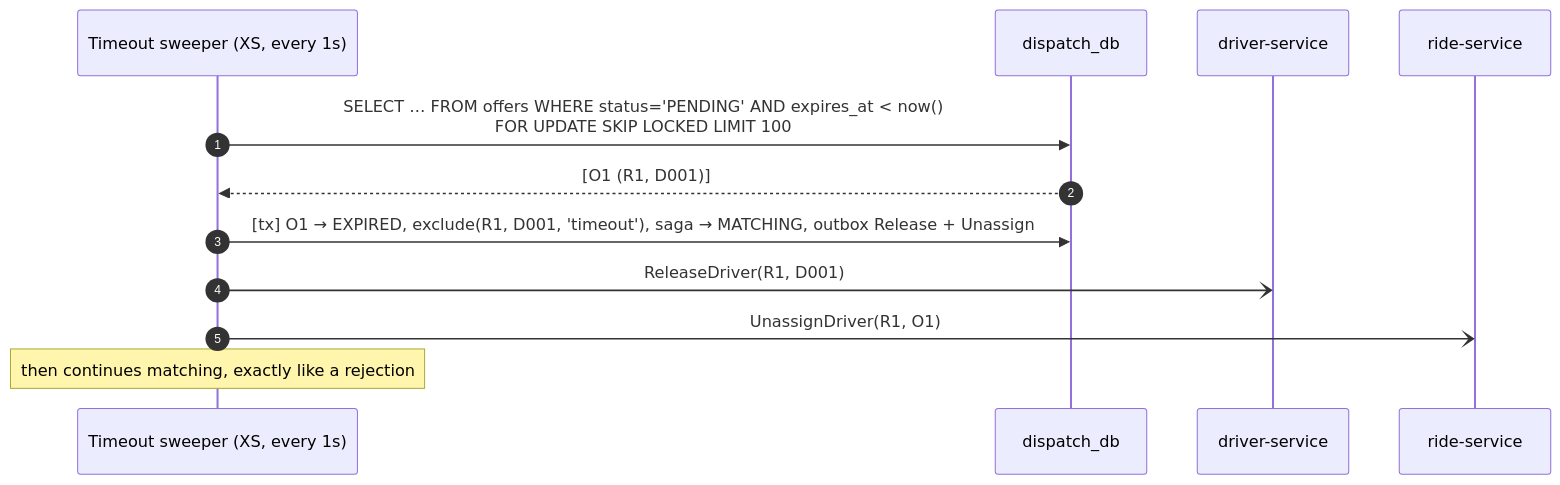
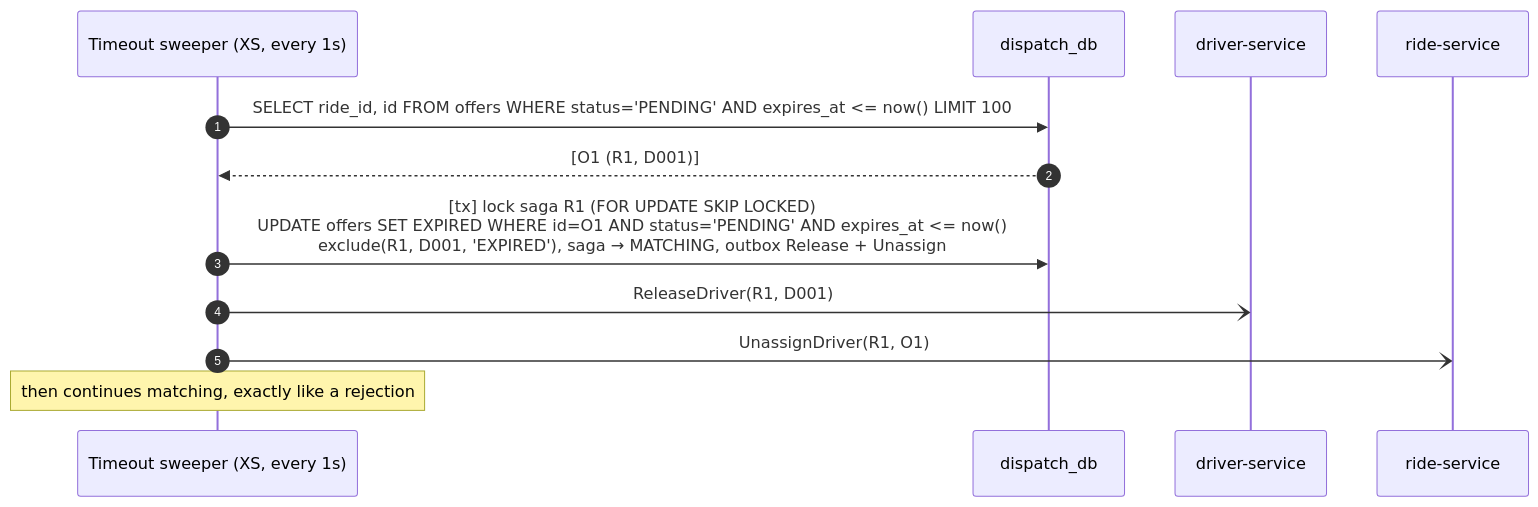
The third of 8 diagrams in coding-challenge-3/kvp/docs/sequence-diagram.md (khoaphan-tw/coding-challenges), drawn with Mermaid before and after one commit. The commit also changed other lines of this file and 25 other files, not shown here.

````diff
--- a/coding-challenge-3/kvp/docs/sequence-diagram.md
+++ b/coding-challenge-3/kvp/docs/sequence-diagram.md
@@ -92,15 +103,15 @@
 ```mermaid
 sequenceDiagram
     autonumber
     participant SW as Timeout sweeper (XS, every 1s)
     participant XDB as dispatch_db
     participant DS as driver-service
     participant RS as ride-service
 
-    SW->>XDB: SELECT … FROM offers WHERE status='PENDING' AND expires_at < now()<br/>FOR UPDATE SKIP LOCKED LIMIT 100
+    SW->>XDB: SELECT ride_id, id FROM offers WHERE status='PENDING' AND expires_at <= now() LIMIT 100
     XDB-->>SW: [O1 (R1, D001)]
-    SW->>XDB: [tx] O1 → EXPIRED, exclude(R1, D001, 'timeout'), saga → MATCHING, outbox Release + Unassign
+    SW->>XDB: [tx] lock saga R1 (FOR UPDATE SKIP LOCKED)<br/>UPDATE offers SET EXPIRED WHERE id=O1 AND status='PENDING' AND expires_at <= now()<br/>exclude(R1, D001, 'EXPIRED'), saga → MATCHING, outbox Release + Unassign
     SW-)DS: ReleaseDriver(R1, D001)
     SW-)RS: UnassignDriver(R1, O1)
     Note over SW: then continues matching, exactly like a rejection
 ```
````
